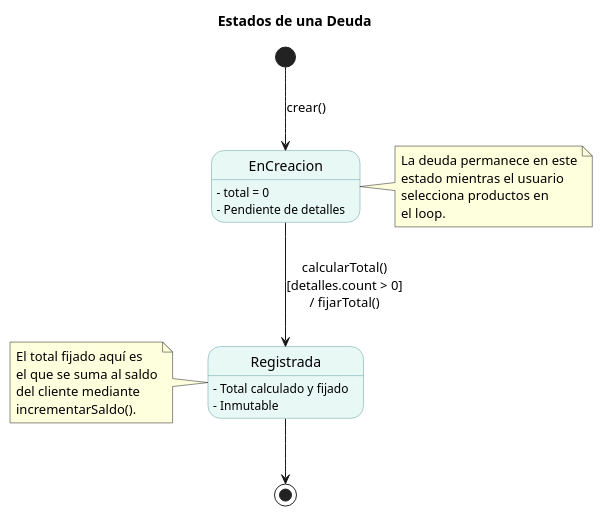
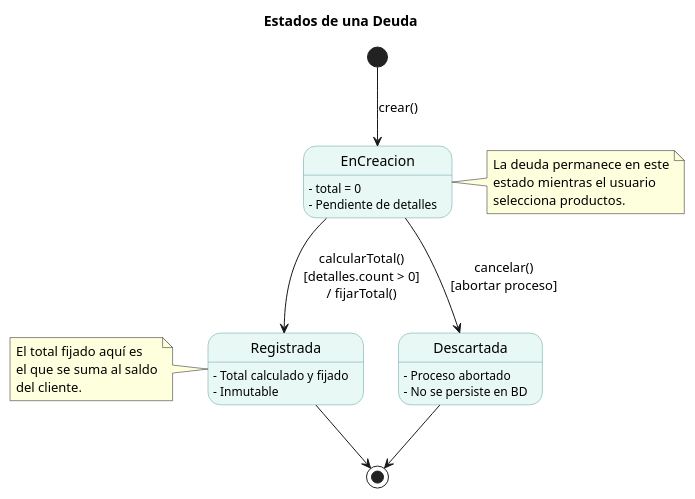
The diagram in DG-E/1-E.wsd (Re-L92/PJ-26), drawn with PlantUML before and after one commit. The commit also changed 1 other file, not shown here.

Commit message:
'ajustes' a diagramas

```diff
--- a/DG-E/1-E.wsd
+++ b/DG-E/1-E.wsd
@@ -1,38 +1,41 @@
 @startuml Diagrama Estado Deuda
 
 skinparam state {
   BackgroundColor #E8F8F5
   StartColor Teal
   EndColor DarkSlateGray
   BorderColor CadetBlue
 }
 
 title Estados de una Deuda
 
 [*] --> EnCreacion : crear()
 
 EnCreacion : - total = 0
 EnCreacion : - Pendiente de detalles
 
 EnCreacion --> Registrada : calcularTotal()\n[detalles.count > 0]\n/ fijarTotal()
+EnCreacion --> Descartada : cancelar()\n[abortar proceso]
 
 Registrada : - Total calculado y fijado
 Registrada : - Inmutable
 
+Descartada : - Proceso abortado
+Descartada : - No se persiste en BD
+
 Registrada --> [*]
+Descartada --> [*]
 
 note right of EnCreacion
   La deuda permanece en este
   estado mientras el usuario
-  selecciona productos en
-  el loop.
+  selecciona productos.
 end note
 
 note left of Registrada
   El total fijado aquí es
   el que se suma al saldo
-  del cliente mediante
-  incrementarSaldo().
+  del cliente.
 end note
 
 @enduml
```
